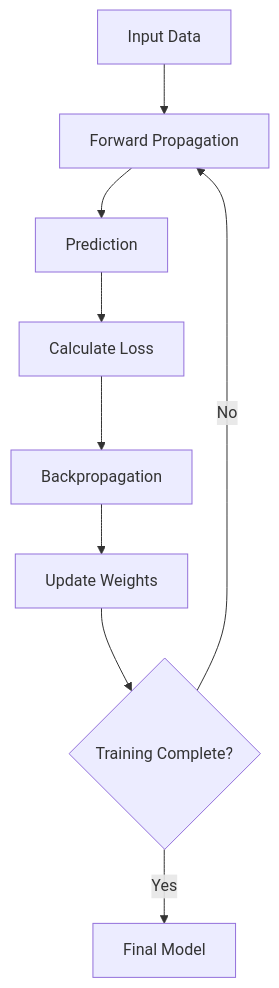
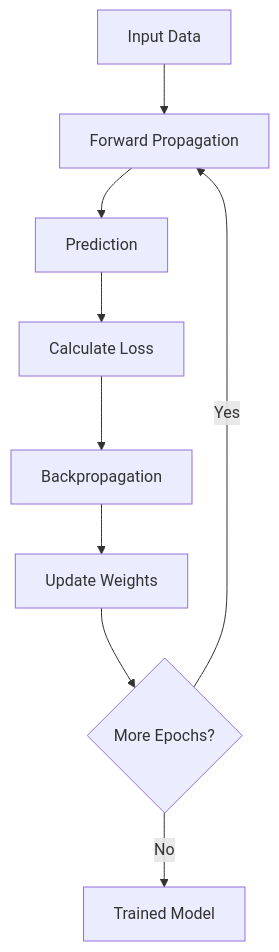
One commit to rushirathod22/Deep_Learning_Assignment changed the fifth of 9 diagrams in README.md. Above: the diagram before and after it, drawn with Mermaid. The commit also changed other lines of this file, not shown here.

````diff
--- a/README.md
+++ b/README.md
@@ -188,11 +233,19 @@
 ```mermaid
 flowchart TD
-    A[Input Data] --> B[Forward Propagation]
-    B --> C[Prediction]
-    C --> D[Calculate Loss]
-    D --> E[Backpropagation]
-    E --> F[Update Weights]
-    F --> G{Training Complete?}
-    G -->|No| B
-    G -->|Yes| H[Final Model]
+
+A["Input Data"]
+--> B["Forward Propagation"]
+
+B --> C["Prediction"]
+
+C --> D["Calculate Loss"]
+
+D --> E["Backpropagation"]
+
+E --> F["Update Weights"]
+
+F --> G{"More Epochs?"}
+
+G -->|Yes| B
+G -->|No| H["Trained Model"]
 ```
````
